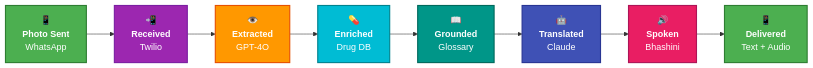
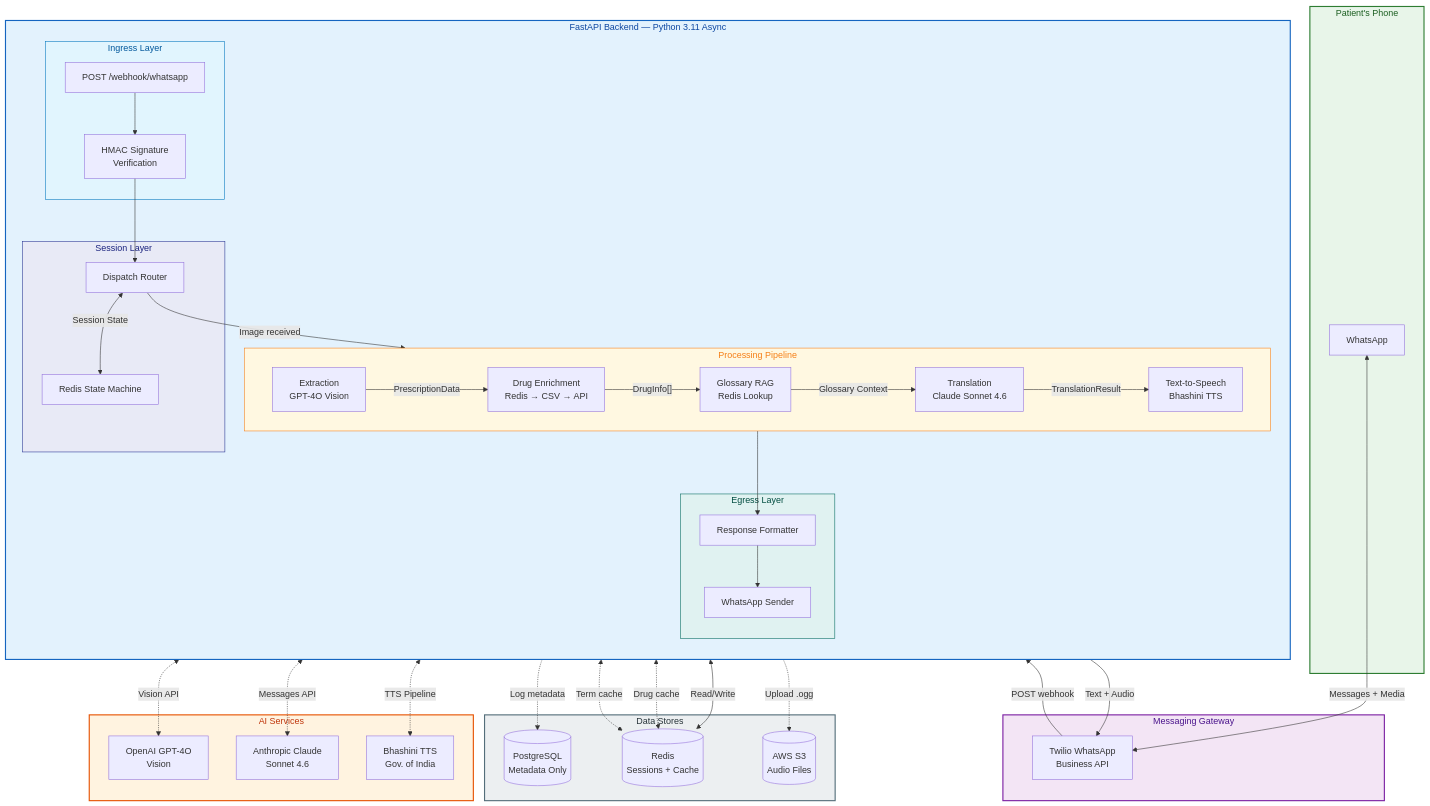
The first of 3 diagrams in README.md (nishantgaurav23/SehatSamjho), drawn with Mermaid before and after one commit. The commit also changed other lines of this file, not shown here.

Commit message:
docs: redesign README with layered architecture diagrams, problem framing, and full project overview

````diff
--- a/README.md
+++ b/README.md
@@ -21,22 +42,92 @@
 ```mermaid
-flowchart LR
-    A["📱<br/><b>Photo Sent</b><br/>WhatsApp"]:::s1
-    B["📲<br/><b>Received</b><br/>Twilio"]:::s2
-    C["👁️<br/><b>Extracted</b><br/>GPT-4O"]:::s3
-    D["💊<br/><b>Enriched</b><br/>Drug DB"]:::s4
-    E["📖<br/><b>Grounded</b><br/>Glossary"]:::s5
-    F["🤖<br/><b>Translated</b><br/>Claude"]:::s6
-    G["🔊<br/><b>Spoken</b><br/>Bhashini"]:::s7
-    H["📱<br/><b>Delivered</b><br/>Text + Audio"]:::s8
+graph TB
+    subgraph CLIENT["Patient's Phone"]
+        WA["WhatsApp"]
+    end
 
-    A --> B --> C --> D --> E --> F --> G --> H
+    subgraph GATEWAY["Messaging Gateway"]
+        TW["Twilio WhatsApp<br/>Business API"]
+    end
 
-    classDef s1 fill:#4CAF50,stroke:#2E7D32,stroke-width:2px,color:#fff
-    classDef s2 fill:#9C27B0,stroke:#7B1FA2,stroke-width:2px,color:#fff
-    classDef s3 fill:#FF9800,stroke:#E65100,stroke-width:2px,color:#fff
-    classDef s4 fill:#00BCD4,stroke:#00838F,stroke-width:2px,color:#fff
-    classDef s5 fill:#009688,stroke:#00695C,stroke-width:2px,color:#fff
-    classDef s6 fill:#3F51B5,stroke:#283593,stroke-width:2px,color:#fff
-    classDef s7 fill:#E91E63,stroke:#AD1457,stroke-width:2px,color:#fff
-    classDef s8 fill:#4CAF50,stroke:#2E7D32,stroke-width:2px,color:#fff
+    subgraph BACKEND["FastAPI Backend — Python 3.11 Async"]
+        direction TB
+
+        subgraph INGRESS["Ingress Layer"]
+            WH["POST /webhook/whatsapp"]
+            HMAC["HMAC Signature<br/>Verification"]
+        end
+
+        subgraph SESSION["Session Layer"]
+            SM["Redis State Machine"]
+            DISPATCH["Dispatch Router"]
+        end
+
+        subgraph PIPELINE["Processing Pipeline"]
+            direction LR
+            EXT["Extraction<br/>GPT-4O Vision"]
+            DRUG["Drug Enrichment<br/>Redis → CSV → API"]
+            GLOSS["Glossary RAG<br/>Redis Lookup"]
+            TRANS["Translation<br/>Claude Sonnet 4.6"]
+            TTS["Text-to-Speech<br/>Bhashini TTS"]
+        end
+
+        subgraph EGRESS["Egress Layer"]
+            FMT["Response Formatter"]
+            SEND["WhatsApp Sender"]
+        end
+    end
+
+    subgraph STORAGE["Data Stores"]
+        PG[("PostgreSQL<br/>Metadata Only")]
+        REDIS[("Redis<br/>Sessions + Cache")]
+        S3[("AWS S3<br/>Audio Files")]
+    end
+
+    subgraph AI["AI Services"]
+        OPENAI["OpenAI GPT-4O<br/>Vision"]
+        ANTHROPIC["Anthropic Claude<br/>Sonnet 4.6"]
+        BHASHINI["Bhashini TTS<br/>Gov. of India"]
+    end
+
+    WA <-->|"Messages + Media"| TW
+    TW -->|"POST webhook"| WH
+    WH --> HMAC --> DISPATCH
+    DISPATCH <-->|"Session State"| SM
+    SM <-->|"Read/Write"| REDIS
+
+    DISPATCH -->|"Image received"| EXT
+    EXT -->|"PrescriptionData"| DRUG
+    DRUG -->|"DrugInfo[]"| GLOSS
+    GLOSS -->|"Glossary Context"| TRANS
+    TRANS -->|"TranslationResult"| TTS
+    TTS --> FMT --> SEND
+    SEND -->|"Text + Audio"| TW
+
+    EXT <-.->|"Vision API"| OPENAI
+    TRANS <-.->|"Messages API"| ANTHROPIC
+    TTS <-.->|"TTS Pipeline"| BHASHINI
+    TTS -.->|"Upload .ogg"| S3
+    DISPATCH -.->|"Log metadata"| PG
+    DRUG <-.->|"Drug cache"| REDIS
+    GLOSS <-.->|"Term cache"| REDIS
+
+    classDef client fill:#E8F5E9,stroke:#2E7D32,stroke-width:2px,color:#1B5E20
+    classDef gateway fill:#F3E5F5,stroke:#7B1FA2,stroke-width:2px,color:#4A148C
+    classDef backend fill:#E3F2FD,stroke:#1565C0,stroke-width:2px,color:#0D47A1
+    classDef storage fill:#ECEFF1,stroke:#546E7A,stroke-width:2px,color:#263238
+    classDef ai fill:#FFF3E0,stroke:#E65100,stroke-width:2px,color:#BF360C
+    classDef ingress fill:#E1F5FE,stroke:#0277BD,stroke-width:1px,color:#01579B
+    classDef session fill:#E8EAF6,stroke:#283593,stroke-width:1px,color:#1A237E
+    classDef pipeline fill:#FFF8E1,stroke:#F57F17,stroke-width:1px,color:#F57F17
+    classDef egress fill:#E0F2F1,stroke:#00695C,stroke-width:1px,color:#004D40
+
+    class CLIENT client
+    class GATEWAY gateway
+    class BACKEND backend
+    class STORAGE storage
+    class AI ai
+    class INGRESS ingress
+    class SESSION session
+    class PIPELINE pipeline
+    class EGRESS egress
 ```
````
